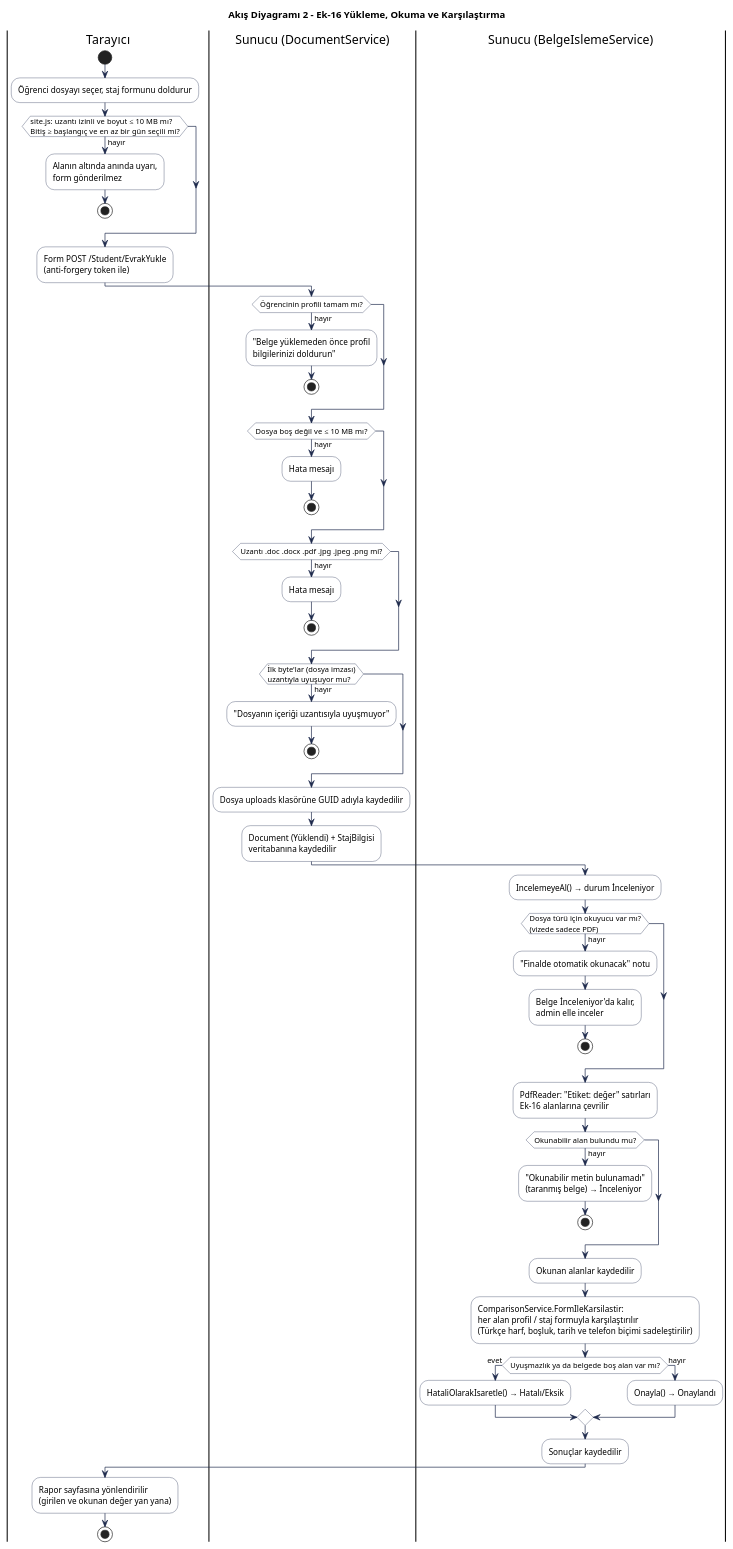
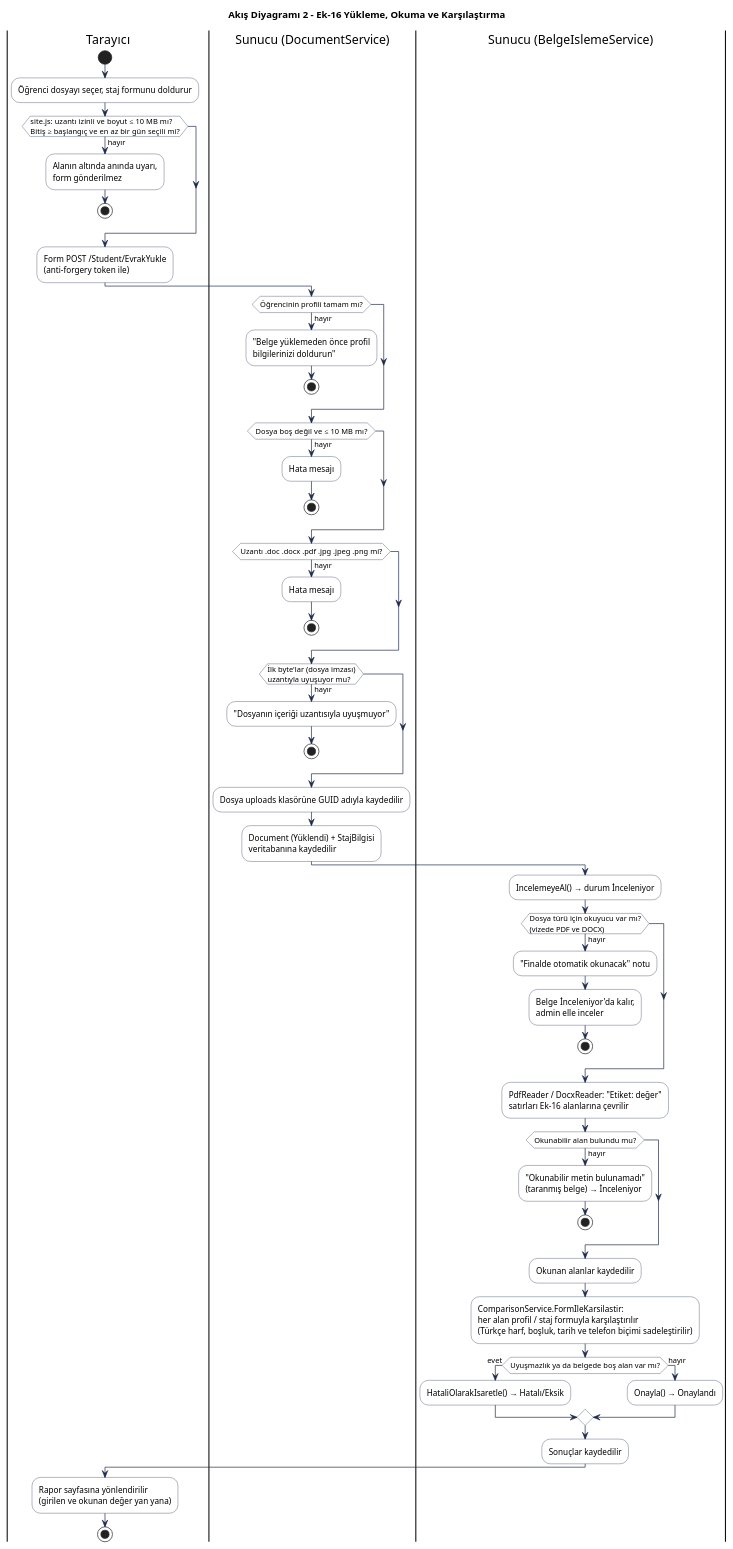
The diagram in Diyagramlar/akis-belge-yukleme.puml (asticfant/Staj-Evrak-Sistemi), drawn with PlantUML before and after one commit. The commit also changed 23 other files, not shown here.

First line of the commit message:
Vize öncesi düzeltmeler: çok biçimlilik, DocxReader, alan kuralları, 403 yönlendirme

```diff
--- a/Diyagramlar/akis-belge-yukleme.puml
+++ b/Diyagramlar/akis-belge-yukleme.puml
@@ -1,61 +1,61 @@
 @startuml akis-belge-yukleme
 title Akış Diyagramı 2 – Ek-16 Yükleme, Okuma ve Karşılaştırma
 skinparam defaultFontName Arial
 skinparam ActivityBackgroundColor #FFFFFF
 skinparam ActivityBorderColor #1F2B4D
 skinparam ArrowColor #1F2B4D
 
 |Tarayıcı|
 start
 :Öğrenci dosyayı seçer, staj formunu doldurur;
 if (site.js: uzantı izinli ve boyut ≤ 10 MB mı?\nBitiş ≥ başlangıç ve en az bir gün seçili mi?) then (hayır)
   :Alanın altında anında uyarı,\nform gönderilmez;
   stop
 endif
 :Form POST /Student/EvrakYukle\n(anti-forgery token ile);
 
 |Sunucu (DocumentService)|
 if (Öğrencinin profili tamam mı?) then (hayır)
   :"Belge yüklemeden önce profil\nbilgilerinizi doldurun";
   stop
 endif
 if (Dosya boş değil ve ≤ 10 MB mı?) then (hayır)
   :Hata mesajı;
   stop
 endif
 if (Uzantı .doc .docx .pdf .jpg .jpeg .png mi?) then (hayır)
   :Hata mesajı;
   stop
 endif
 if (İlk byte'lar (dosya imzası)\nuzantıyla uyuşuyor mu?) then (hayır)
   :"Dosyanın içeriği uzantısıyla uyuşmuyor";
   stop
 endif
 :Dosya uploads klasörüne GUID adıyla kaydedilir;
 :Document (Yüklendi) + StajBilgisi\nveritabanına kaydedilir;
 
 |Sunucu (BelgeIslemeService)|
 :IncelemeyeAl() → durum İnceleniyor;
-if (Dosya türü için okuyucu var mı?\n(vizede sadece PDF)) then (hayır)
+if (Dosya türü için okuyucu var mı?\n(vizede PDF ve DOCX)) then (hayır)
   :"Finalde otomatik okunacak" notu;
   :Belge İnceleniyor'da kalır,\nadmin elle inceler;
   stop
 endif
-:PdfReader: "Etiket: değer" satırları\nEk-16 alanlarına çevrilir;
+:PdfReader / DocxReader: "Etiket: değer"\nsatırları Ek-16 alanlarına çevrilir;
 if (Okunabilir alan bulundu mu?) then (hayır)
   :"Okunabilir metin bulunamadı"\n(taranmış belge) → İnceleniyor;
   stop
 endif
 :Okunan alanlar kaydedilir;
 :ComparisonService.FormIleKarsilastir:\nher alan profil / staj formuyla karşılaştırılır\n(Türkçe harf, boşluk, tarih ve telefon biçimi sadeleştirilir);
 if (Uyuşmazlık ya da belgede boş alan var mı?) then (evet)
   :HataliOlarakIsaretle() → Hatalı/Eksik;
 else (hayır)
   :Onayla() → Onaylandı;
 endif
 :Sonuçlar kaydedilir;
 
 |Tarayıcı|
 :Rapor sayfasına yönlendirilir\n(girilen ve okunan değer yan yana);
 stop
 @enduml
```
